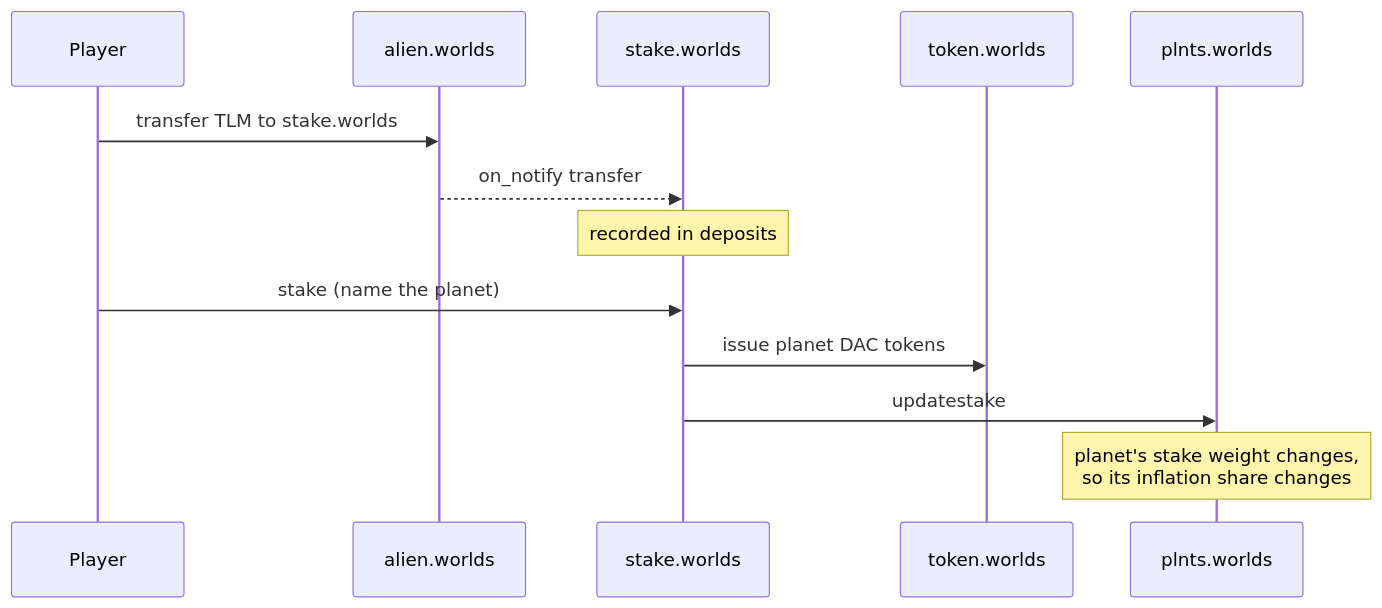
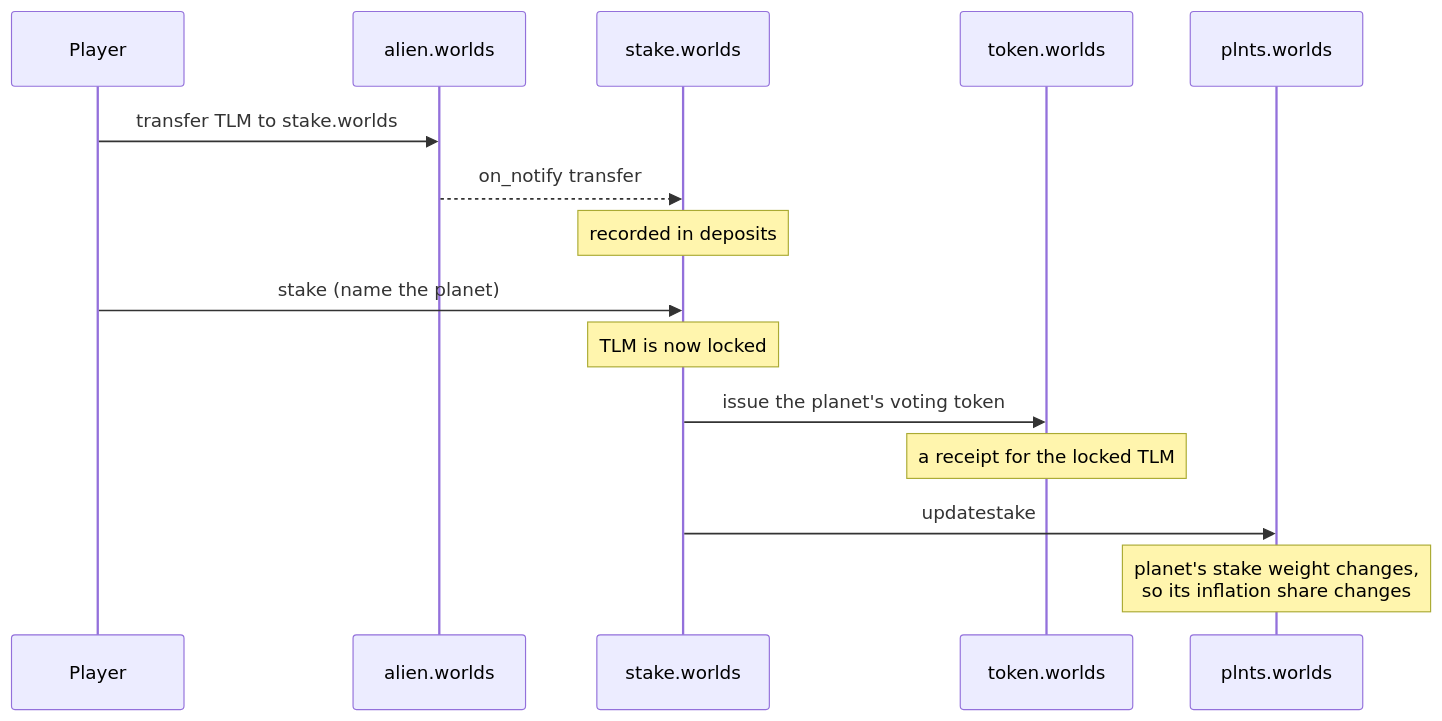
The diagram in docs/Architecture/04- planets-and-staking.md (Alien-Worlds/docs), drawn with Mermaid before and after one commit. The commit also changed other lines of this file and 6 other files, not shown here.

First line of the commit message:
docs: correct mining rewards, reframe planet tokens, drop internal contracts

````diff
--- a/docs/Architecture/04- planets-and-staking.md
+++ b/docs/Architecture/04- planets-and-staking.md
@@ -31,16 +31,18 @@
 ```mermaid
 sequenceDiagram
     participant P as Player
     participant TOK as alien.worlds
     participant STK as stake.worlds
     participant DAC as token.worlds
     participant PLN as plnts.worlds
 
     P->>TOK: transfer TLM to stake.worlds
     TOK-->>STK: on_notify transfer
     Note over STK: recorded in deposits
     P->>STK: stake (name the planet)
-    STK->>DAC: issue planet DAC tokens
+    Note over STK: TLM is now locked
+    STK->>DAC: issue the planet's voting token
+    Note over DAC: a receipt for the locked TLM
     STK->>PLN: updatestake
     Note over PLN: planet's stake weight changes,<br/>so its inflation share changes
 ```
````
